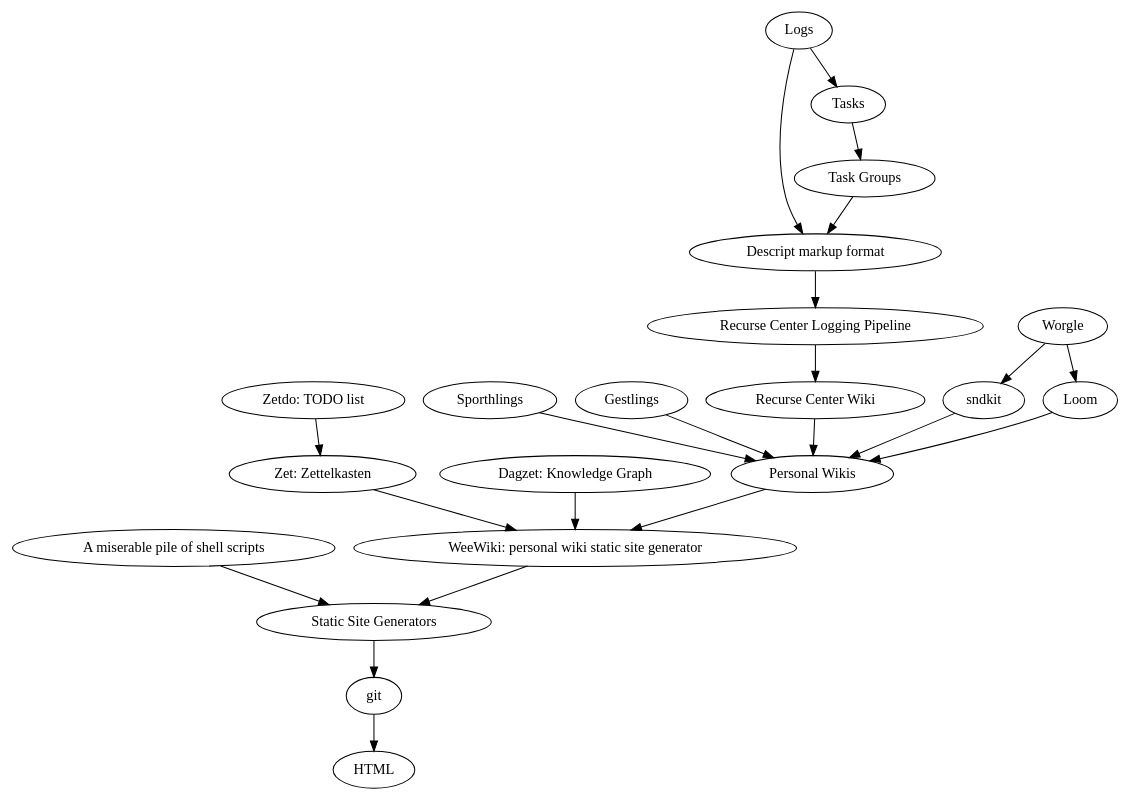
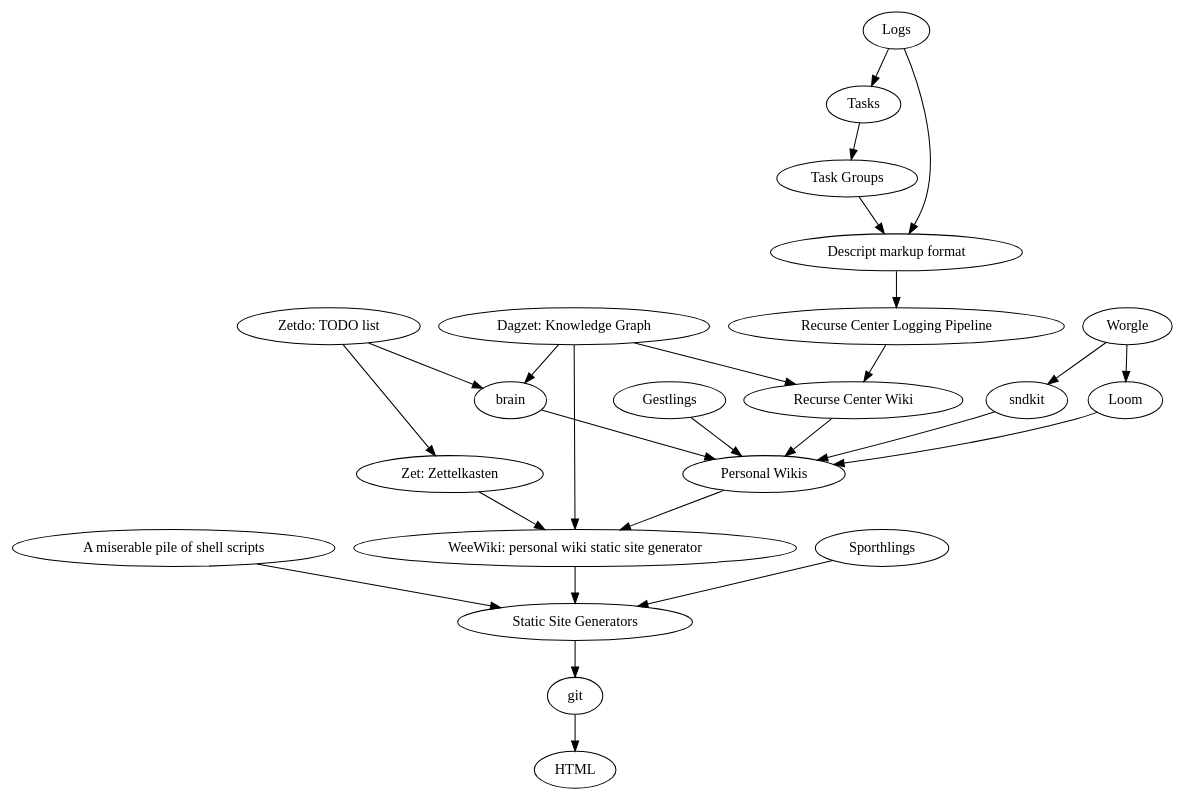
One commit to PaulBatchelor/Recurse changed the diagram in scratch/how_logging_works/site_ecosystem.dot. Above: the diagram before and after it, drawn with Graphviz. The commit also changed 2 other files, not shown here.

```diff
--- a/scratch/how_logging_works/site_ecosystem.dot
+++ b/scratch/how_logging_works/site_ecosystem.dot
@@ -1,51 +1,56 @@
 digraph G {
     shell_scripts [label="A miserable pile of shell scripts"];
     weewiki [label="WeeWiki: personal wiki static site generator"];
     recurse [label="Recurse Center Logging Pipeline"];
     zetdo [label="Zetdo: TODO list"];
     descript [label="Descript markup format"];
     zet [label="Zet: Zettelkasten"];
     task_groups [label="Task Groups"];
     tasks [label = "Tasks"];
     logs [label = "Logs"];
     dagzet [label = "Dagzet: Knowledge Graph"];
     sporthlings [label = "Sporthlings"];
     gestlings [label = "Gestlings"];
     personal_wikis [label = "Personal Wikis"];
     recurse_wiki [label = "Recurse Center Wiki"];
     sndkit [label = "sndkit"];
     worgle [label = "Worgle"];
     loom [label = "Loom"];
+    brain [label = "brain"];
     static_site_generators [label = "Static Site Generators"];
 
     personal_wikis -> weewiki;
     loom -> personal_wikis;
     worgle -> loom;
     worgle -> sndkit;
     sndkit -> personal_wikis;
     gestlings -> personal_wikis;
-    sporthlings -> personal_wikis;
+    sporthlings -> static_site_generators;
     git -> HTML;
     recurse_wiki -> personal_wikis;
     static_site_generators -> git;
     weewiki -> static_site_generators;
     shell_scripts -> static_site_generators;
 
     zet -> weewiki;
     zetdo -> zet;
 
     dagzet -> weewiki;
+    dagzet -> brain;
+    dagzet -> recurse_wiki;
+    zetdo -> brain;
+    brain -> personal_wikis;
 
     recurse -> recurse_wiki;
 
     descript -> recurse;
 
     logs -> descript;
 
     task_groups -> descript;
 
     tasks -> task_groups;
 
     logs -> tasks;
 
 }
```
